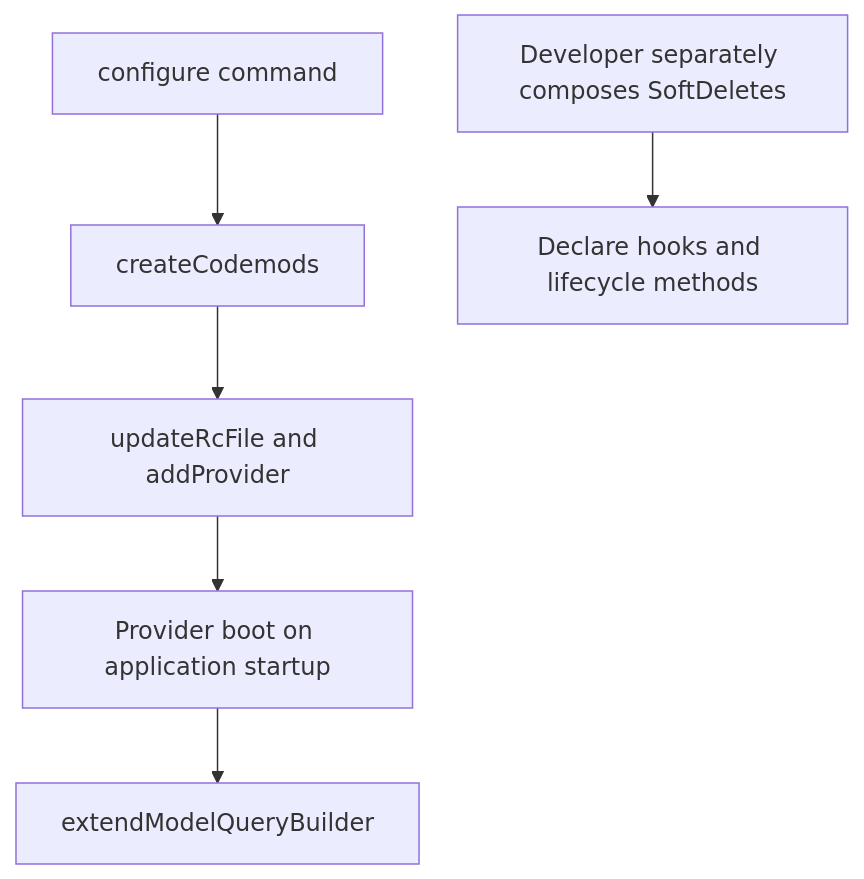
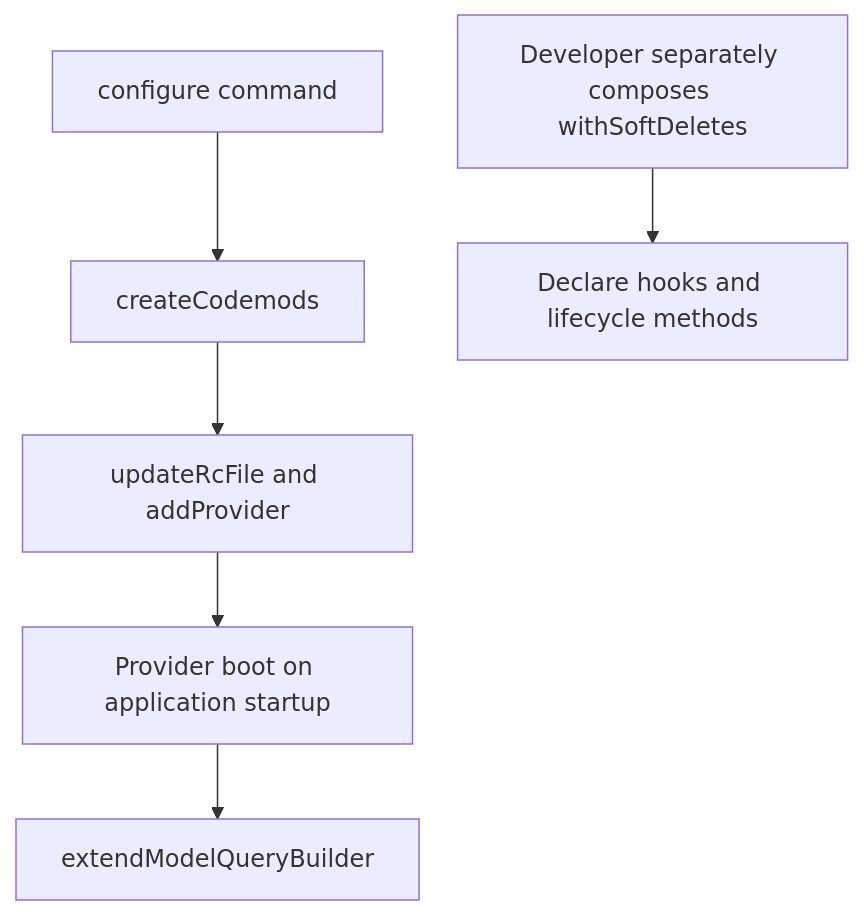
Before and after one commit to Kevinjohn/oss-adonisjs-lucid-soft-delete: the second of 2 diagrams in user-stories/configure-package/us-dev-01-configure-package.md, drawn with Mermaid. The commit also changed other lines of this file and 70 other files, not shown here.

````diff
--- a/user-stories/configure-package/us-dev-01-configure-package.md
+++ b/user-stories/configure-package/us-dev-01-configure-package.md
@@ -34,5 +34,5 @@
 ```mermaid
 flowchart TD
     A["configure command"] --> B["createCodemods"] --> C["updateRcFile and addProvider"] --> D["Provider boot on application startup"] --> E["extendModelQueryBuilder"]
-    F["Developer separately composes SoftDeletes"] --> G["Declare hooks and lifecycle methods"]
+    F["Developer separately composes withSoftDeletes"] --> G["Declare hooks and lifecycle methods"]
 ```
````
